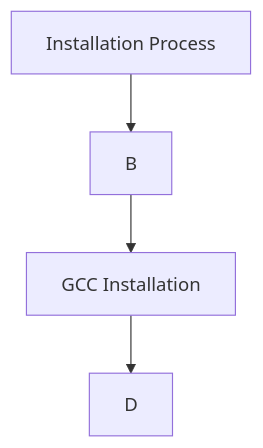
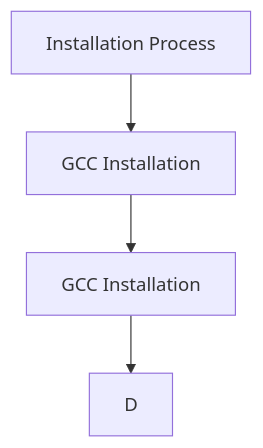
Before and after one commit to StanislavOdnorog/NvChadMacStupidInstaller: the second of 2 diagrams in README.md, drawn with Mermaid.

````diff
--- a/README.md
+++ b/README.md
@@ -28,6 +28,6 @@
 ```mermaid
 graph TD;
-    A[Installation Process]-->B;
+    A[Installation Process]-->B[GCC Installation];
     B-->C[GCC Installation];
     C-->D;
 ```
````
